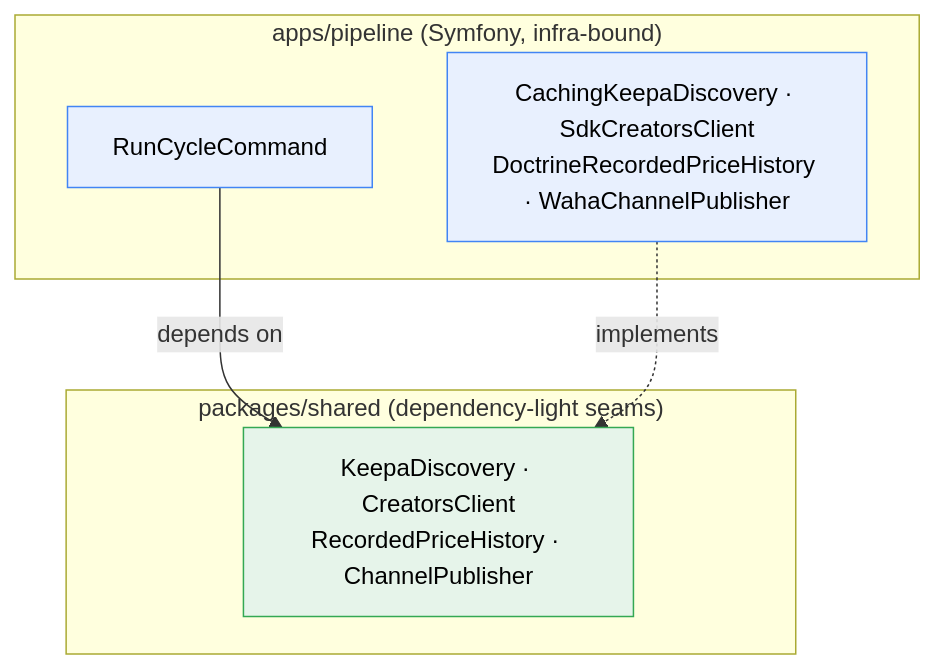
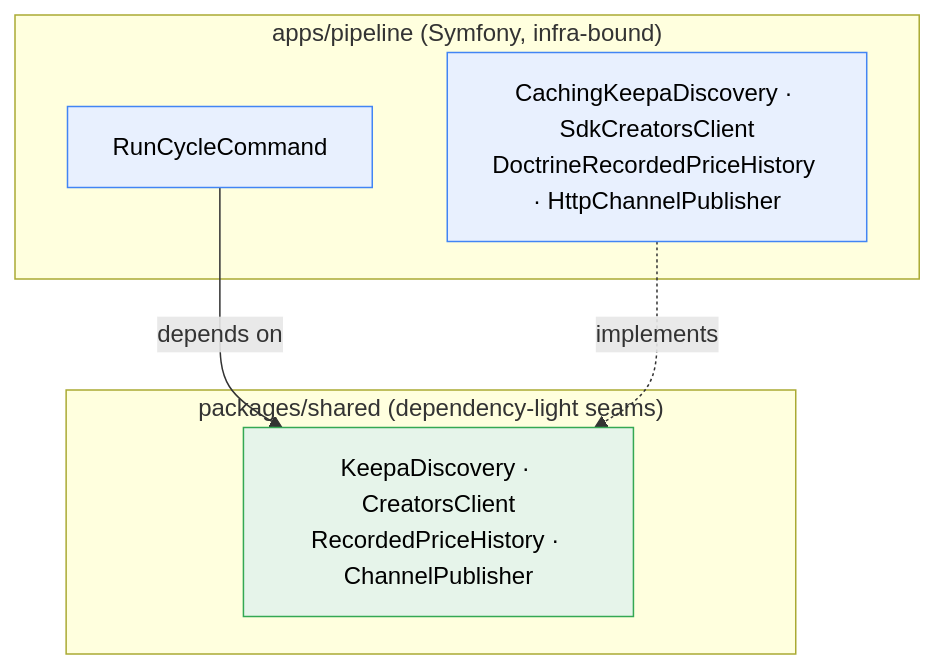
The second of 3 diagrams in README.md (andreiRS/deal-promoter), drawn with Mermaid before and after one commit. The commit also changed other lines of this file and 1 other file, not shown here.

First line of the commit message:
docs: replace WAHA with the whatsmeow engine in README and glossary

````diff
--- a/README.md
+++ b/README.md
@@ -139,18 +141,18 @@
 ```mermaid
 flowchart TB
     subgraph app ["apps/pipeline (Symfony, infra-bound)"]
         CMD["RunCycleCommand"]
-        IMPL["CachingKeepaDiscovery · SdkCreatorsClient<br/>DoctrineRecordedPriceHistory · WahaChannelPublisher"]
+        IMPL["CachingKeepaDiscovery · SdkCreatorsClient<br/>DoctrineRecordedPriceHistory · HttpChannelPublisher"]
     end
     subgraph shared ["packages/shared (dependency-light seams)"]
         IFACE["KeepaDiscovery · CreatorsClient<br/>RecordedPriceHistory · ChannelPublisher"]
     end
 
     CMD -->|depends on| IFACE
     IMPL -.implements.-> IFACE
 
     classDef a fill:#e8f0fe,stroke:#4285f4,color:#000;
     classDef s fill:#e6f4ea,stroke:#34a853,color:#000;
     class CMD,IMPL a;
     class IFACE s;
 ```
````
